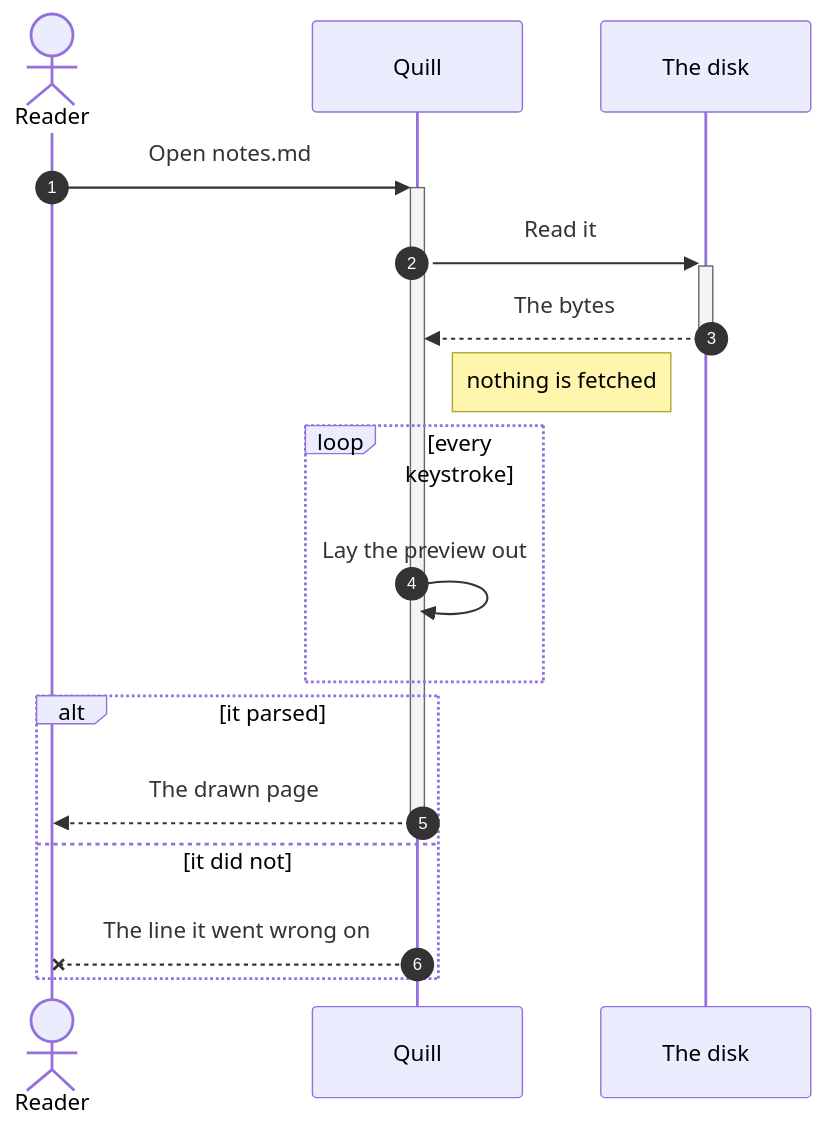
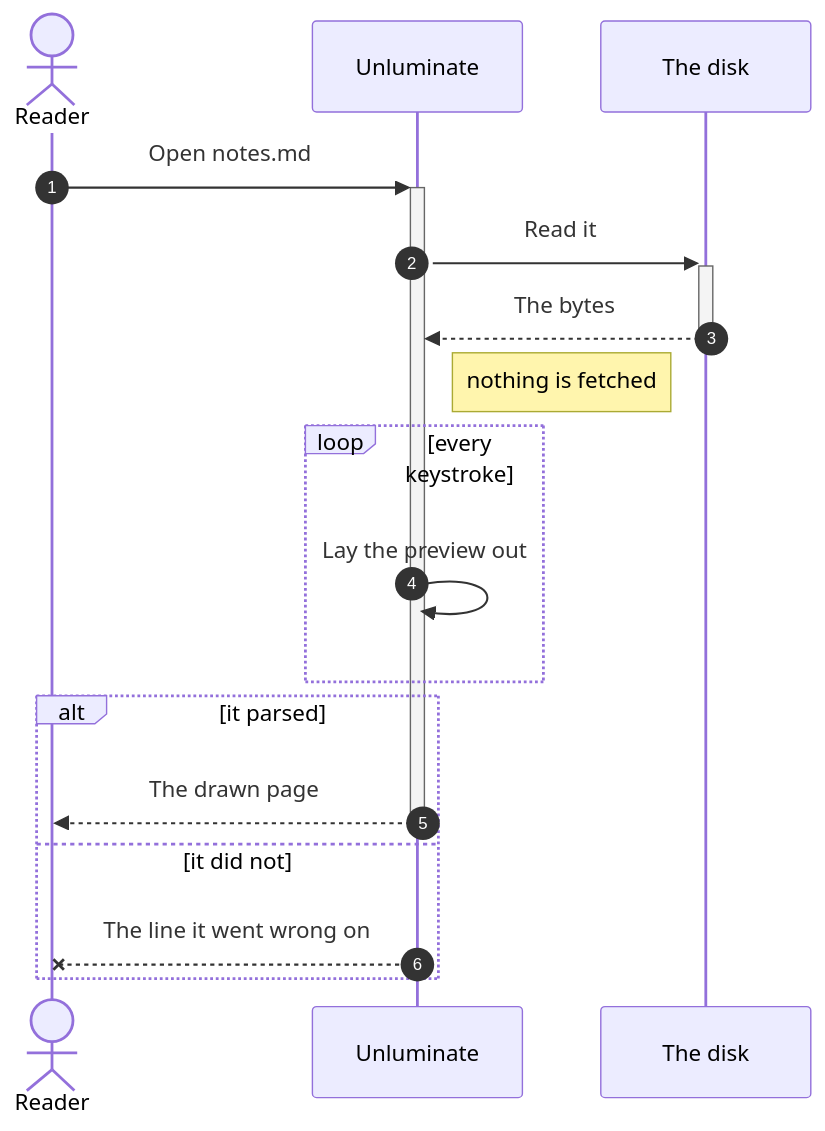
One commit to Black-Rainbow-Labs/Unluminous changed the diagram in sample-diagrams/sequence.mmd. Above: the diagram before and after it, drawn with Mermaid. The commit also changed 1291 other files, not shown here.

First line of the commit message:
task-1800: rename Quill to Unluminate

```diff
--- a/sample-diagrams/sequence.mmd
+++ b/sample-diagrams/sequence.mmd
@@ -1,17 +1,17 @@
 sequenceDiagram
   autonumber
   actor Reader
-  participant Quill
+  participant Unluminate
   participant Disk as The disk
-  Reader ->>+ Quill: Open notes.md
-  Quill ->>+ Disk: Read it
-  Disk -->>- Quill: The bytes
-  Note right of Quill: nothing is fetched
+  Reader ->>+ Unluminate: Open notes.md
+  Unluminate ->>+ Disk: Read it
+  Disk -->>- Unluminate: The bytes
+  Note right of Unluminate: nothing is fetched
   loop every keystroke
-    Quill ->> Quill: Lay the preview out
+    Unluminate ->> Unluminate: Lay the preview out
   end
   alt it parsed
-    Quill -->>- Reader: The drawn page
+    Unluminate -->>- Reader: The drawn page
   else it did not
-    Quill --x Reader: The line it went wrong on
+    Unluminate --x Reader: The line it went wrong on
   end
```
